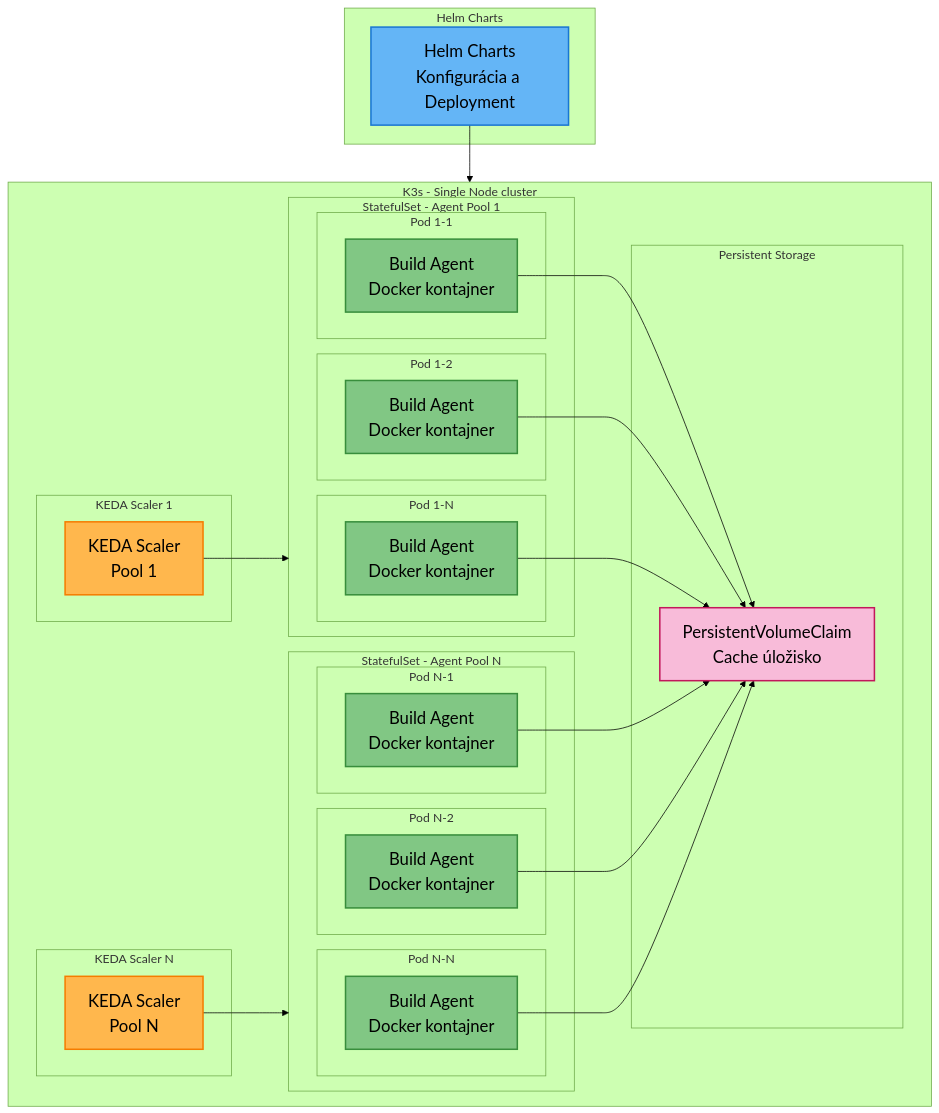
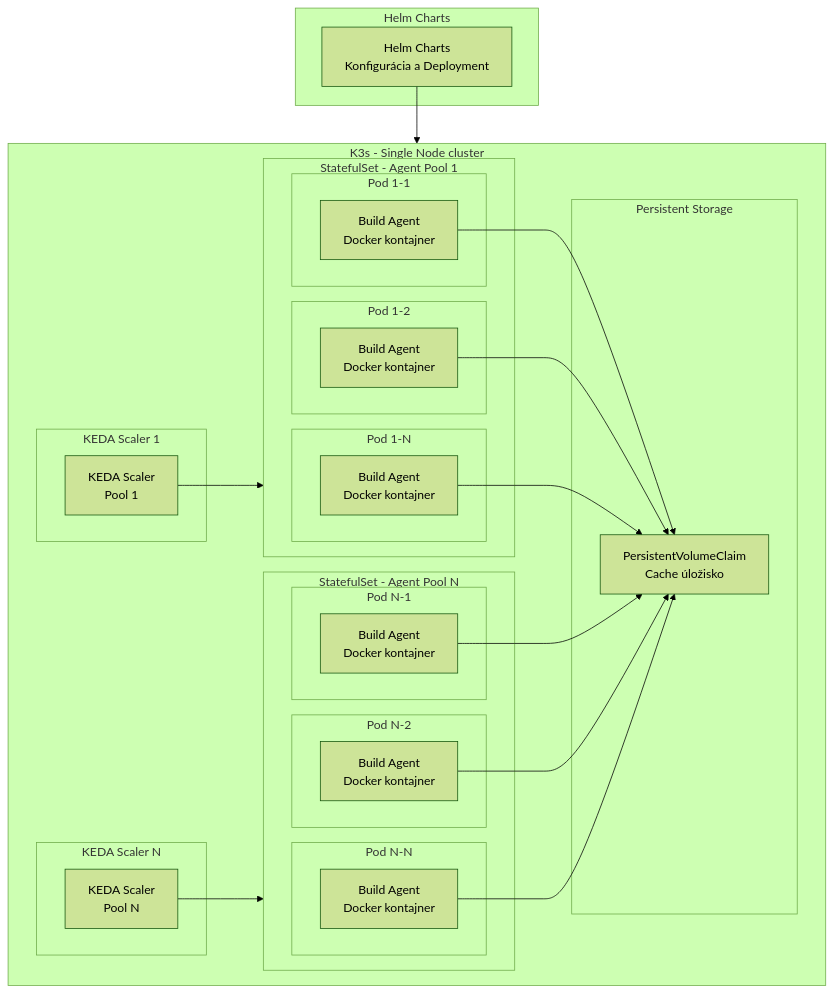
Before and after one commit to motycak/kros-sk.github.io: the first of 2 diagrams in linuxmachine/user-documentation.md, drawn with Mermaid (forest theme).

````diff
--- a/linuxmachine/user-documentation.md
+++ b/linuxmachine/user-documentation.md
@@ -39,66 +39,61 @@
 ```mermaid
 graph TB
     subgraph K3s[K3s - Single Node cluster]
         subgraph "KEDA Scaler 1"
             KEDA_SCALER1[KEDA Scaler<br/>Pool 1]
         end
         
         subgraph "KEDA Scaler N"
             KEDA_SCALERN[KEDA Scaler<br/>Pool N]
         end
         
         subgraph STATEFULSET_POOL1["StatefulSet - Agent Pool 1"]
             subgraph "Pod 1-1"
                 AGENT1_1[Build Agent<br/>Docker kontajner]
             end
             subgraph "Pod 1-2"
                 AGENT1_2[Build Agent<br/>Docker kontajner]
             end
             subgraph "Pod 1-N"
                 AGENT1_N[Build Agent<br/>Docker kontajner]
             end
         end
         
         subgraph STATEFULSET_POOLN["StatefulSet - Agent Pool N"]
             subgraph "Pod N-1"
                 AGENTN_1[Build Agent<br/>Docker kontajner]
             end
             subgraph "Pod N-2"
                 AGENTN_2[Build Agent<br/>Docker kontajner]
             end
             subgraph "Pod N-N"
                 AGENTN_N[Build Agent<br/>Docker kontajner]
             end
         end
         
         subgraph "Persistent Storage"
             PVC[PersistentVolumeClaim<br/>Cache úložisko]
         end
     end
     
     subgraph "Helm Charts"
         HELM[Helm Charts<br/>Konfigurácia a Deployment]
     end
     
     KEDA_SCALER1 --> STATEFULSET_POOL1
     KEDA_SCALERN --> STATEFULSET_POOLN
     
     HELM --> K3s
     
     AGENT1_1 --> PVC
     AGENT1_2 --> PVC
     AGENT1_N --> PVC
     AGENTN_1 --> PVC
     AGENTN_2 --> PVC
     AGENTN_N --> PVC
     
-    classDef keda fill:#ffb74d,stroke:#f57c00,stroke-width:2px,color:#000,font-size:22px
-    classDef k8s fill:#81c784,stroke:#388e3c,stroke-width:2px,color:#000,font-size:22px
-    classDef helm fill:#64b5f6,stroke:#1976d2,stroke-width:2px,color:#000,font-size:22px
-    classDef storage fill:#f8bbd9,stroke:#c2185b,stroke-width:2px,color:#000,font-size:22px
-    
     class KEDA_SCALER1,KEDA_SCALERN keda
     class AGENT1_1,AGENT1_2,AGENT1_N,AGENTN_1,AGENTN_2,AGENTN_N k8s
     class HELM helm
     class PVC storage
 ```
````
